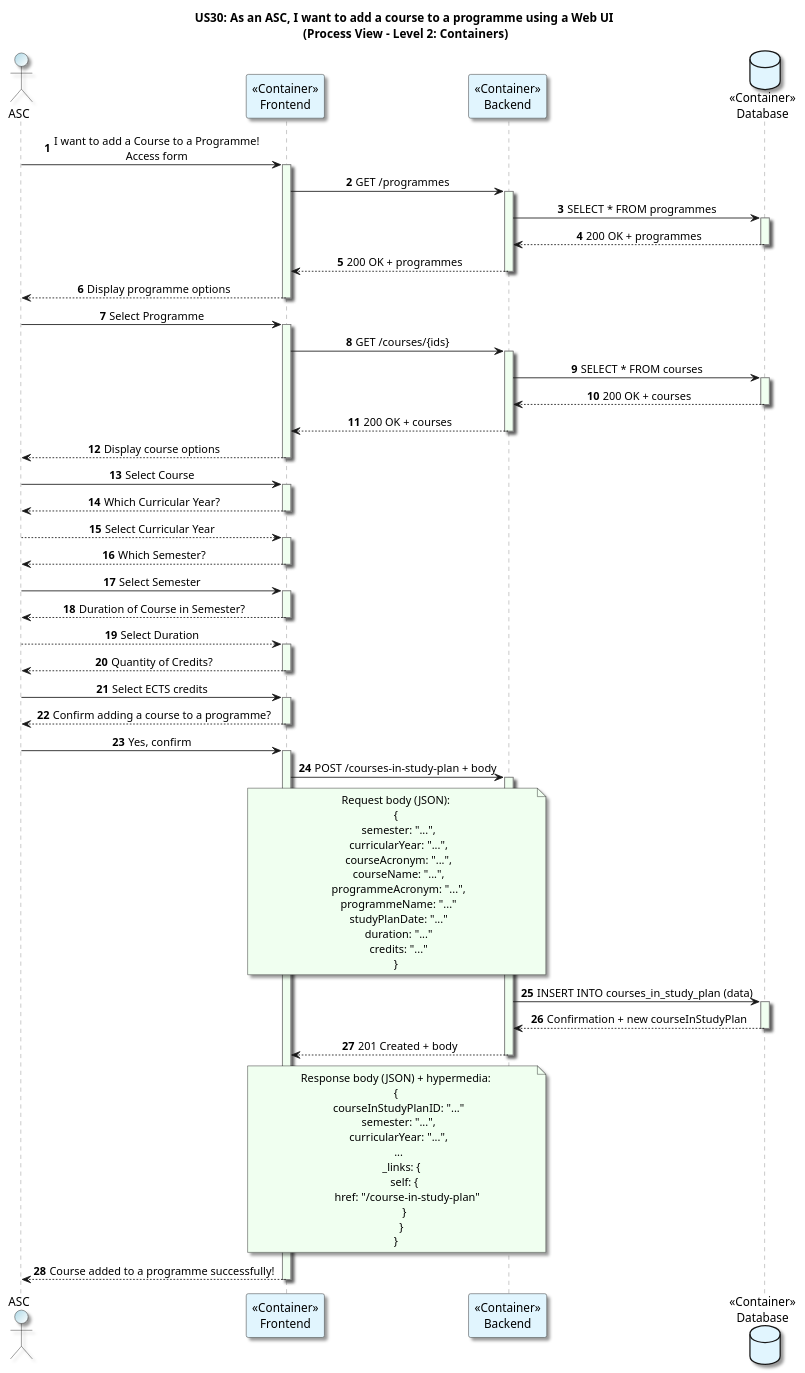
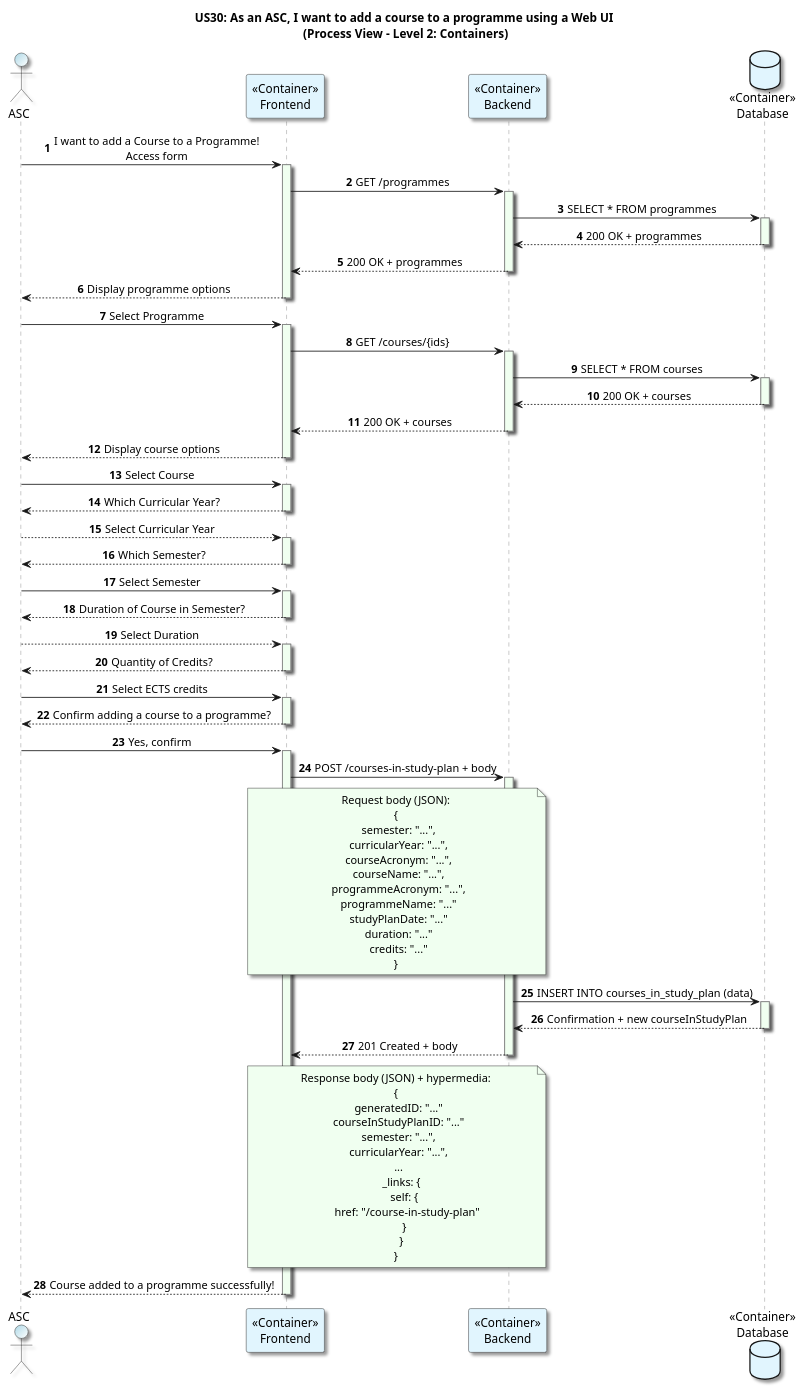
One commit to GasparISEP/DevOps-PAI changed the diagram in docs/US30/Sprint_7/ProcessView/AddCourseToAProgramme_ProcessView_Level2.puml. Above: the diagram before and after it, drawn with PlantUML. The commit also changed 1 other file, not shown here.

Commit message:
docs(addCourseToAProgramme): update process and scenario view diagrams to reflect CourseInStudyPlanGeneratedID integration (refs #701, #704, #705)

```diff
--- a/docs/US30/Sprint_7/ProcessView/AddCourseToAProgramme_ProcessView_Level2.puml
+++ b/docs/US30/Sprint_7/ProcessView/AddCourseToAProgramme_ProcessView_Level2.puml
@@ -1,115 +1,116 @@
 @startuml
 title US30: As an ASC, I want to add a course to a programme using a Web UI\n (Process View - Level 2: Containers)
 autonumber
 
 skinparam {
   ActivityPadding 2
   ActivityMargin 2
   BoxPadding 2
 }
 skinparam sequence {
     LifeLineBorderColor Grey
     LifeLineBackgroundColor HoneyDew
 }
 skinparam defaultTextAlignment center
 skinparam shadowing true
 
 actor ASC  #LightBlue/White
 participant "<<Container>>\nFrontend" as Frontend #E1F5FE
 participant "<<Container>>\nBackend" as Backend #E1F5FE
 database "<<Container>>\nDatabase" as Database #E1F5FE
 
 ASC -> Frontend: I want to add a Course to a Programme!\nAccess form
 activate Frontend
 
 Frontend -> Backend: GET /programmes
 activate Backend
 Backend -> Database: SELECT * FROM programmes
 activate Database
 Database --> Backend: 200 OK + programmes
 deactivate Database
 Backend --> Frontend: 200 OK + programmes
 deactivate Backend
 Frontend --> ASC: Display programme options
 deactivate Frontend
 
 ASC -> Frontend: Select Programme
 activate Frontend
 Frontend -> Backend: GET /courses/{ids}
 activate Backend
 Backend -> Database: SELECT * FROM courses
 activate Database
 Database --> Backend: 200 OK + courses
 deactivate Database
 Backend --> Frontend: 200 OK + courses
 deactivate Backend
 Frontend --> ASC: Display course options
 deactivate Frontend
 
 ASC -> Frontend: Select Course
 activate Frontend
 Frontend --> ASC: Which Curricular Year?
 deactivate Frontend
 
 ASC --> Frontend: Select Curricular Year
 activate Frontend
 Frontend --> ASC: Which Semester?
 deactivate Frontend
 
 ASC -> Frontend: Select Semester
 activate Frontend
 Frontend --> ASC: Duration of Course in Semester?
 deactivate Frontend
 
 ASC --> Frontend: Select Duration
 activate Frontend
 Frontend --> ASC: Quantity of Credits?
 deactivate Frontend
 
 ASC -> Frontend: Select ECTS credits
 activate Frontend
 Frontend --> ASC: Confirm adding a course to a programme?
 deactivate Frontend
 
 
 ASC -> Frontend: Yes, confirm
 activate Frontend
 Frontend -> Backend: POST /courses-in-study-plan + body
 note over Frontend, Backend #HoneyDew
 Request body (JSON):
 {
   semester: "...",
   curricularYear: "...",
   courseAcronym: "...",
   courseName: "...",
   programmeAcronym: "...",
   programmeName: "..."
   studyPlanDate: "..."
   duration: "..."
   credits: "..."
 }
 end note
 activate Backend
 Backend -> Database: INSERT INTO courses_in_study_plan (data)
 activate Database
 Database --> Backend: Confirmation + new courseInStudyPlan
 deactivate Database
 Backend --> Frontend: 201 Created + body
 note over Backend, Frontend #HoneyDew
 Response body (JSON) + hypermedia:
 {
+  generatedID: "..."
   courseInStudyPlanID: "..."
   semester: "...",
   curricularYear: "...",
   ...
     _links: {
       self: {
         href: "/course-in-study-plan"
       }
     }
 }
 end note
 deactivate Backend
 Frontend --> ASC: Course added to a programme successfully!
 deactivate Frontend
 @enduml
```
